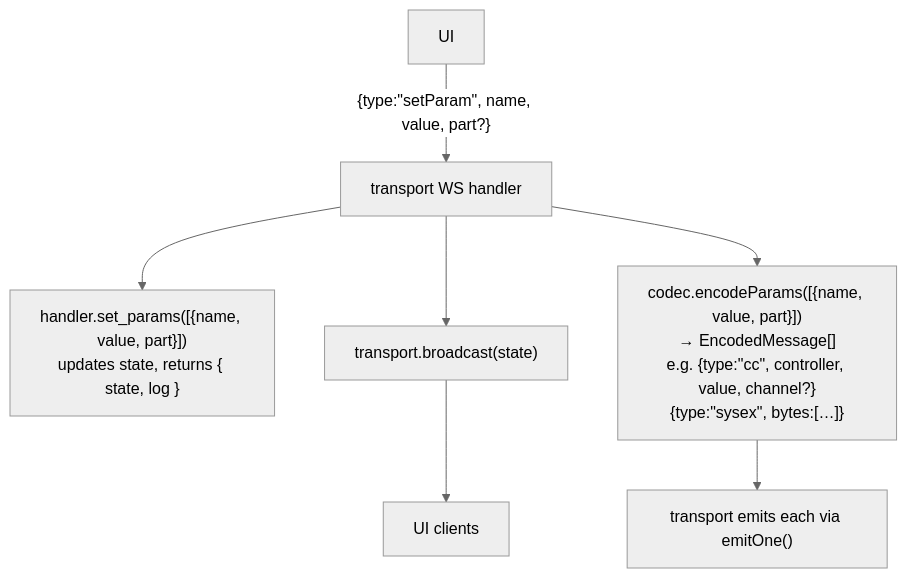
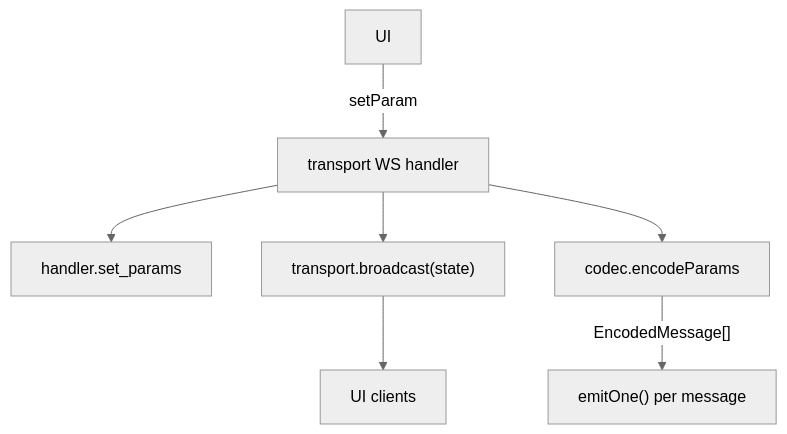
The third of 9 diagrams in packages/sounds-and-recreation-app/src/transport.md (uribrecher/keyboards-mcp), drawn with Mermaid (neutral theme) before and after one commit. The commit also changed other lines of this file, not shown here.

First line of the commit message:
docs: make transport.md mermaid diagrams structural and concise

````diff
--- a/packages/sounds-and-recreation-app/src/transport.md
+++ b/packages/sounds-and-recreation-app/src/transport.md
@@ -103,9 +105,9 @@
 ```mermaid
 flowchart TB
-    ui["UI"] -- "{type:&quot;setParam&quot;, name, value, part?}" --> ws["transport WS handler"]
-    ws --> sp["handler.set_params([{name, value, part}])<br/>updates state, returns { state, log }"]
+    ui["UI"] -- "setParam" --> ws["transport WS handler"]
+    ws --> sp["handler.set_params"]
     ws --> bc["transport.broadcast(state)"]
     bc --> uic["UI clients"]
-    ws --> enc["codec.encodeParams([{name, value, part}])<br/>→ EncodedMessage[]<br/>e.g. {type:&quot;cc&quot;, controller, value, channel?}<br/>{type:&quot;sysex&quot;, bytes:[…]}"]
-    enc --> emit["transport emits each via emitOne()"]
+    ws --> enc["codec.encodeParams"]
+    enc -- "EncodedMessage[]" --> emit["emitOne() per message"]
 ```
````
